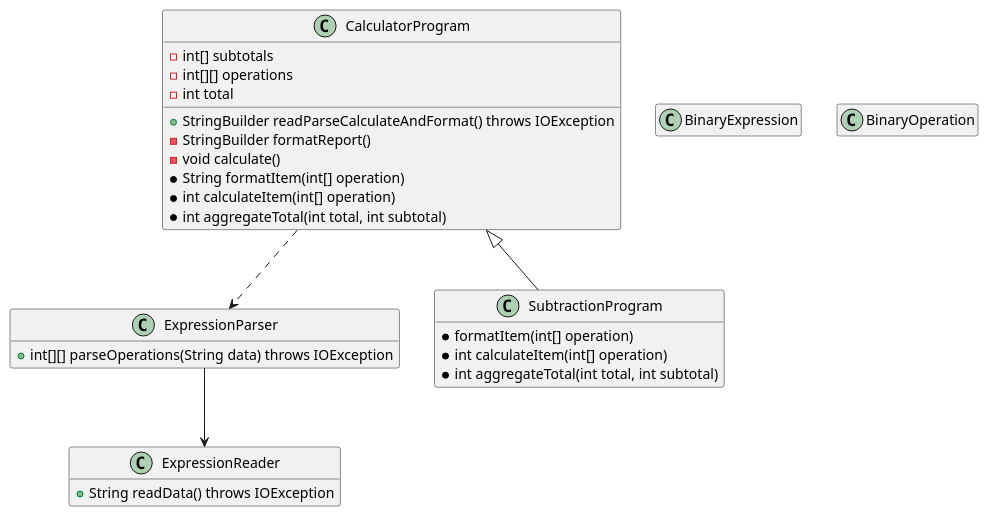
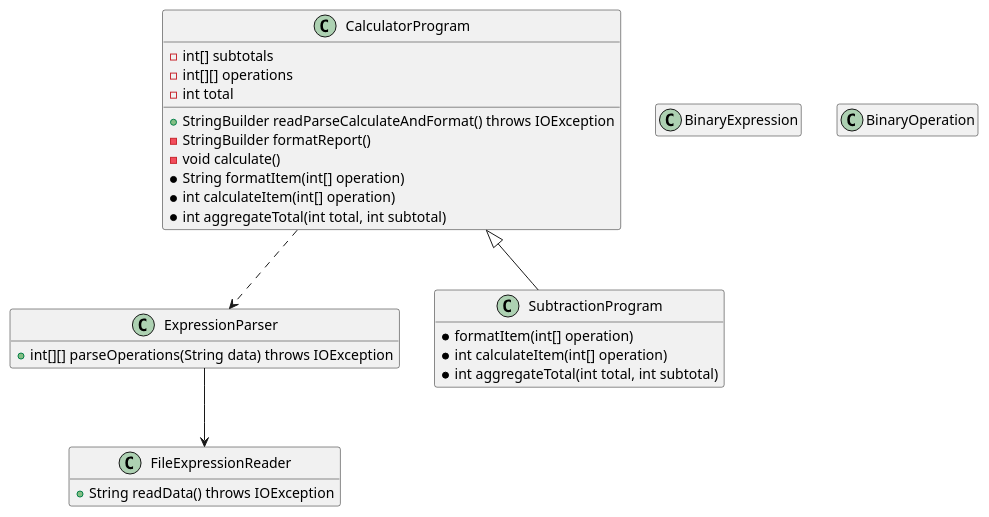
Before and after one commit to jonasbha/SOLID: the diagram in docs/calculatorprogram-v3-use-model.puml, drawn with PlantUML. The commit also changed 14 other files, not shown here.

```diff
--- a/docs/calculatorprogram-v3-use-model.puml
+++ b/docs/calculatorprogram-v3-use-model.puml
@@ -1,44 +1,44 @@
 @startuml
 hide empty members
 
-class ExpressionReader {
+class FileExpressionReader {
     + String readData() throws IOException
 }
 
 class ExpressionParser {
     + int[][] parseOperations(String data) throws IOException
 }
 
 class CalculatorProgram {
     - int[] subtotals
     - int[][] operations
     - int total
 
     + StringBuilder readParseCalculateAndFormat() throws IOException
     - StringBuilder formatReport()
     - void calculate()
     * String formatItem(int[] operation) 
     * int calculateItem(int[] operation)
     * int aggregateTotal(int total, int subtotal)
 }
 
 class SubtractionProgram {
     * formatItem(int[] operation)
     * int calculateItem(int[] operation)
     * int aggregateTotal(int total, int subtotal)
 }
 
 class BinaryExpression {
 }
 
 class BinaryOperation {
 }
 
 CalculatorProgram ..> ExpressionParser
-ExpressionParser --> ExpressionReader
+ExpressionParser --> FileExpressionReader
 
 SubtractionProgram -up-|> CalculatorProgram
 
 
 
 @enduml
```
